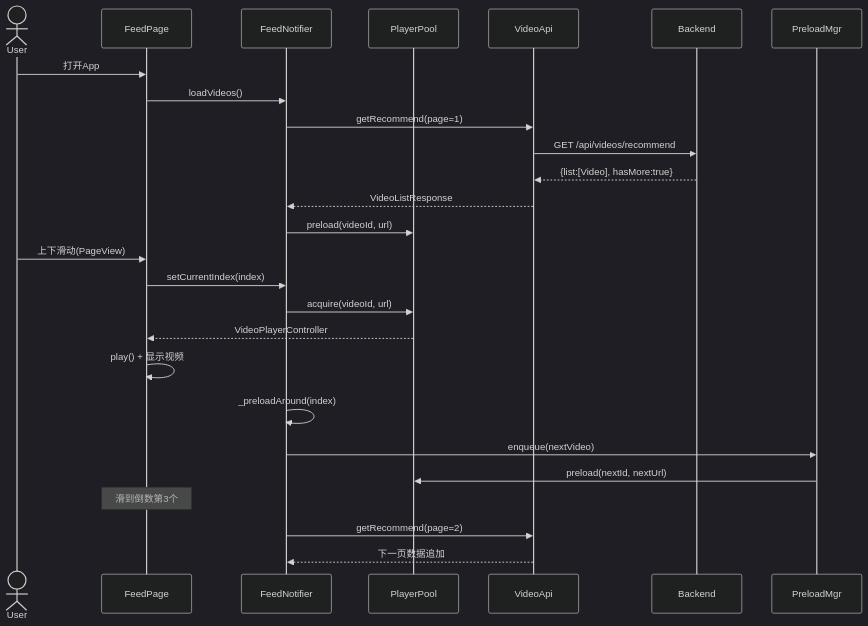
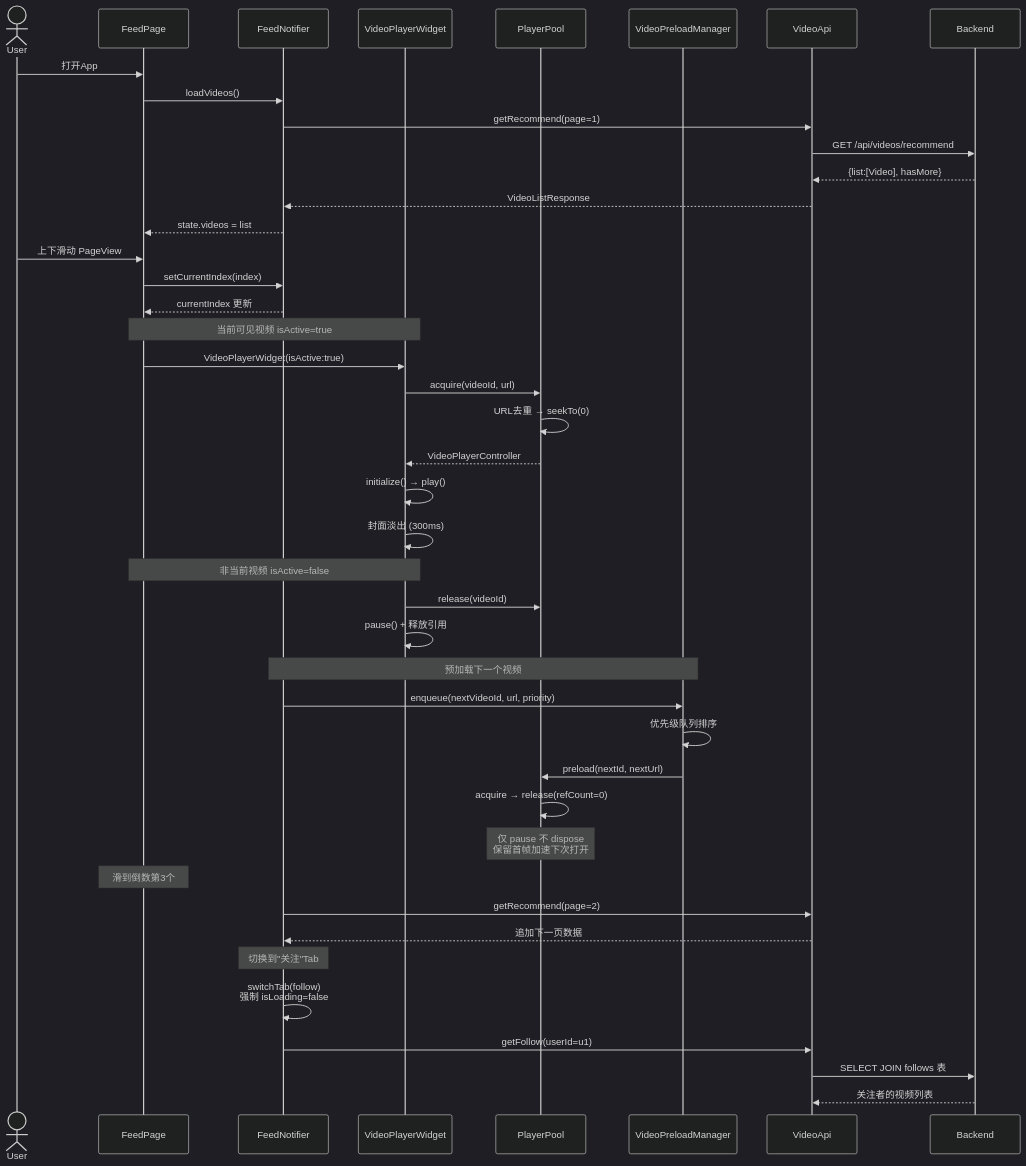
Before and after one commit to LIQingQing666/client: the second of 11 diagrams in 测试文档/架构图-Mermaid.md, drawn with Mermaid (dark theme). The commit also changed other lines of this file and 3 other files, not shown here.

````diff
--- a/测试文档/架构图-Mermaid.md
+++ b/测试文档/架构图-Mermaid.md
@@ -252,31 +79,52 @@
 ```mermaid
 sequenceDiagram
     actor User
     participant FeedPage as FeedPage
     participant Notifier as FeedNotifier
+    participant VW as VideoPlayerWidget
     participant Pool as PlayerPool
+    participant Preload as VideoPreloadManager
     participant API as VideoApi
     participant Server as Backend
 
     User->>FeedPage: 打开App
     FeedPage->>Notifier: loadVideos()
     Notifier->>API: getRecommend(page=1)
     API->>Server: GET /api/videos/recommend
-    Server-->>API: {list:[Video], hasMore:true}
+    Server-->>API: {list:[Video], hasMore}
     API-->>Notifier: VideoListResponse
-    Notifier->>Pool: preload(videoId, url)
+    Notifier-->>FeedPage: state.videos = list
 
-    User->>FeedPage: 上下滑动(PageView)
+    User->>FeedPage: 上下滑动 PageView
     FeedPage->>Notifier: setCurrentIndex(index)
-    Notifier->>Pool: acquire(videoId, url)
-    Pool-->>FeedPage: VideoPlayerController
-    FeedPage->>FeedPage: play() + 显示视频
+    Notifier-->>FeedPage: currentIndex 更新
 
-    Notifier->>Notifier: _preloadAround(index)
-    Notifier->>PreloadMgr: enqueue(nextVideo)
-    PreloadMgr->>Pool: preload(nextId, nextUrl)
+    Note over FeedPage,VW: 当前可见视频 isActive=true
+    FeedPage->>VW: VideoPlayerWidget(isActive:true)
+    VW->>Pool: acquire(videoId, url)
+    Pool->>Pool: URL去重 → seekTo(0)
+    Pool-->>VW: VideoPlayerController
+    VW->>VW: initialize() → play()
+    VW->>VW: 封面淡出 (300ms)
+
+    Note over FeedPage,VW: 非当前视频 isActive=false
+    VW->>Pool: release(videoId)
+    VW->>VW: pause() + 释放引用
+
+    Note over Notifier,Preload: 预加载下一个视频
+    Notifier->>Preload: enqueue(nextVideoId, url, priority)
+    Preload->>Preload: 优先级队列排序
+    Preload->>Pool: preload(nextId, nextUrl)
+    Pool->>Pool: acquire → release(refCount=0)
+    Note over Pool: 仅 pause 不 dispose<br/>保留首帧加速下次打开
 
     Note over FeedPage: 滑到倒数第3个
     Notifier->>API: getRecommend(page=2)
-    API-->>Notifier: 下一页数据追加
+    API-->>Notifier: 追加下一页数据
+
+    Note over Notifier: 切换到"关注"Tab
+    Notifier->>Notifier: switchTab(follow)<br/>强制 isLoading=false
+    Notifier->>API: getFollow(userId=u1)
+    API->>Server: SELECT JOIN follows 表
+    Server-->>API: 关注者的视频列表
 ```
````
